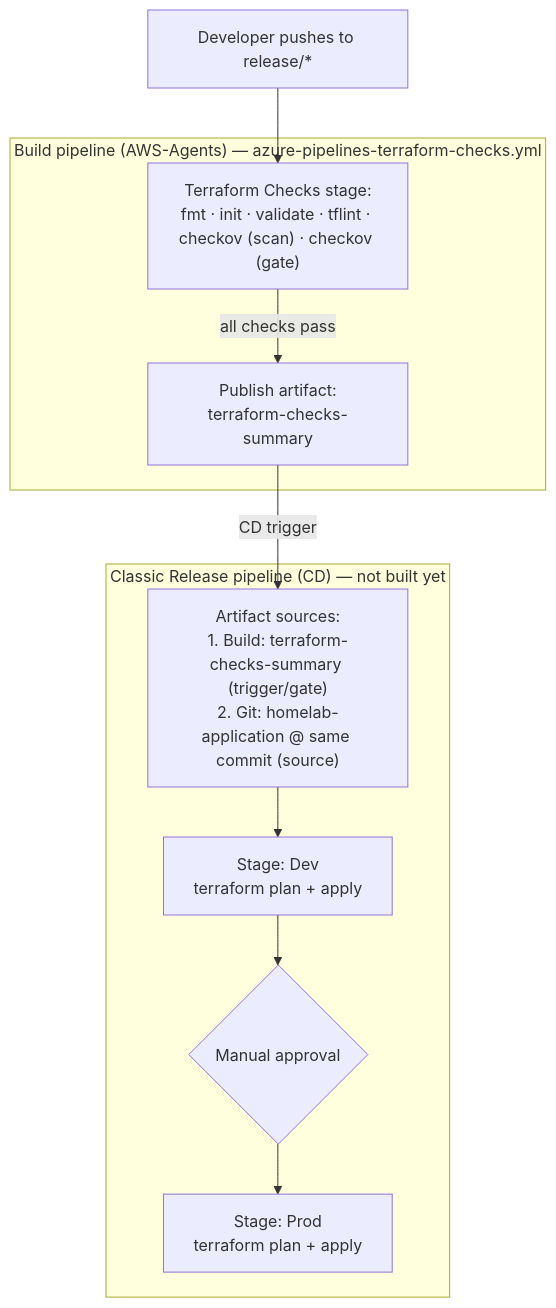
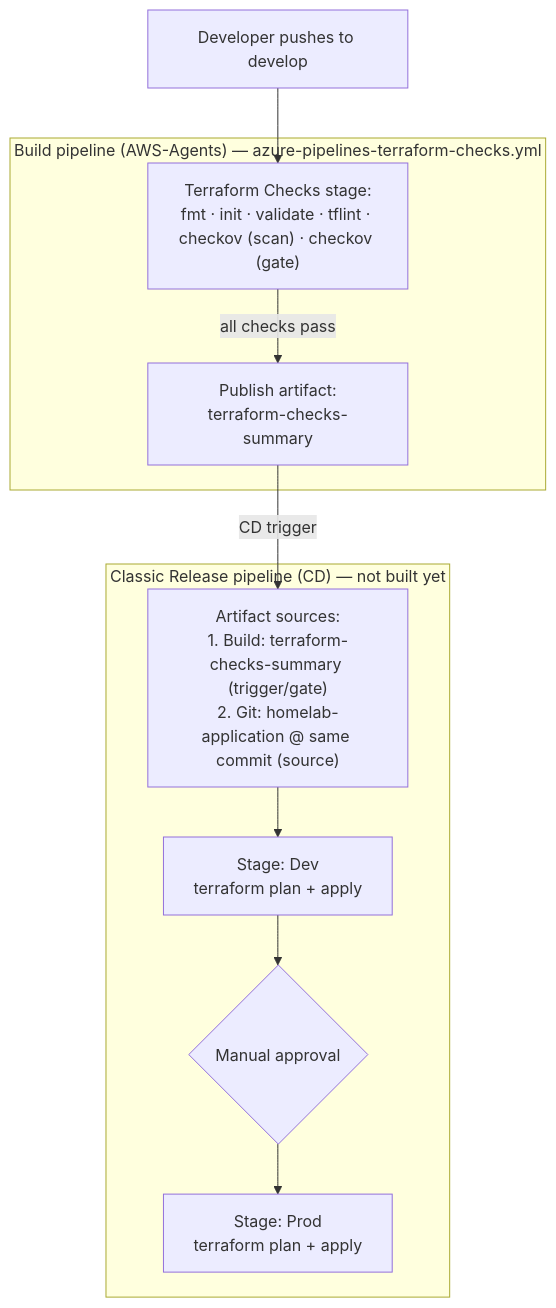
Before and after one commit to darylfragata/homelab-application: the diagram in docs/terraform-checks.md, drawn with Mermaid. The commit also changed other lines of this file and 12 other files, not shown here.

````diff
--- a/docs/terraform-checks.md
+++ b/docs/terraform-checks.md
@@ -173,20 +174,20 @@
 ```mermaid
 flowchart TD
-    A["Developer pushes to release/*"] --> B
+    A["Developer pushes to develop"] --> B
 
     subgraph BUILD["Build pipeline (AWS-Agents) — azure-pipelines-terraform-checks.yml"]
         B["Terraform Checks stage:<br/>fmt · init · validate · tflint · checkov (scan) · checkov (gate)"]
         C["Publish artifact:<br/>terraform-checks-summary"]
         B -->|all checks pass| C
     end
 
     C -->|CD trigger| D
 
     subgraph RELEASE["Classic Release pipeline (CD) — not built yet"]
         D["Artifact sources:<br/>1. Build: terraform-checks-summary (trigger/gate)<br/>2. Git: homelab-application @ same commit (source)"]
         E["Stage: Dev<br/>terraform plan + apply"]
         F{"Manual approval"}
         G["Stage: Prod<br/>terraform plan + apply"]
         D --> E --> F --> G
     end
 ```
````
